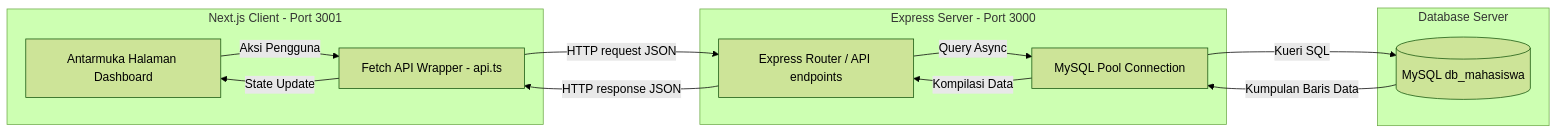
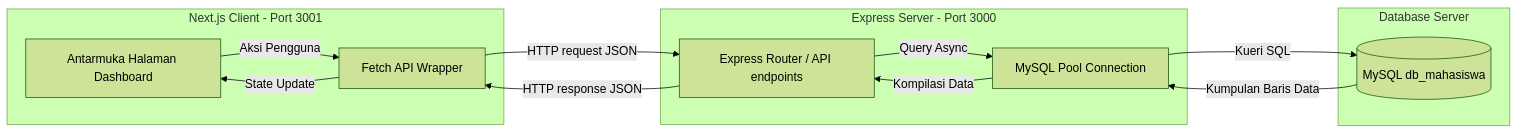
One commit to muhammadnafi27/muhammadnafi27-0102522017_Muhammad-Nafi-Azka-Soleiman_Pengelolaan-Data-Mahasiswa changed the diagram in README.md. Above: the diagram before and after it, drawn with Mermaid (forest theme). The commit also changed other lines of this file and 30 other files, not shown here.

````diff
--- a/README.md
+++ b/README.md
@@ -53,25 +51,25 @@
 ```mermaid
 graph LR
     subgraph Frontend [Next.js Client - Port 3001]
         UI[Antarmuka Halaman Dashboard]
-        API_Client[Fetch API Wrapper - api.ts]
+        API_Client[Fetch API Wrapper]
     end
     
     subgraph Backend [Express Server - Port 3000]
         Express[Express Router / API endpoints]
         MySQL_Pool[MySQL Pool Connection]
     end
     
     subgraph Database [Database Server]
         DB[(MySQL db_mahasiswa)]
     end
 
     UI -->|Aksi Pengguna| API_Client
     API_Client -->|HTTP request JSON| Express
     Express -->|Query Async| MySQL_Pool
     MySQL_Pool -->|Kueri SQL| DB
     DB -->|Kumpulan Baris Data| MySQL_Pool
     MySQL_Pool -->|Kompilasi Data| Express
     Express -->|HTTP response JSON| API_Client
     API_Client -->|State Update| UI
 ```
````
